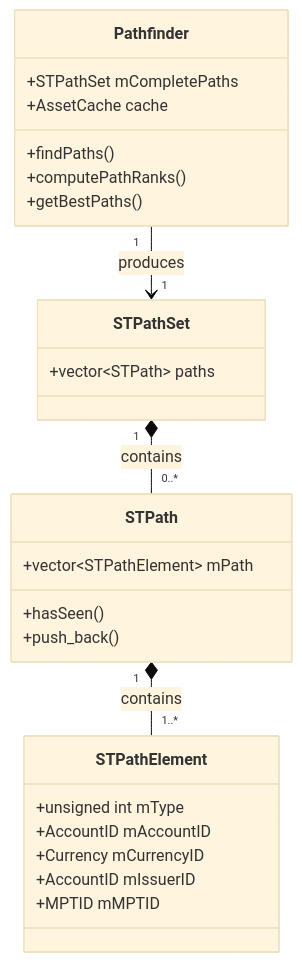
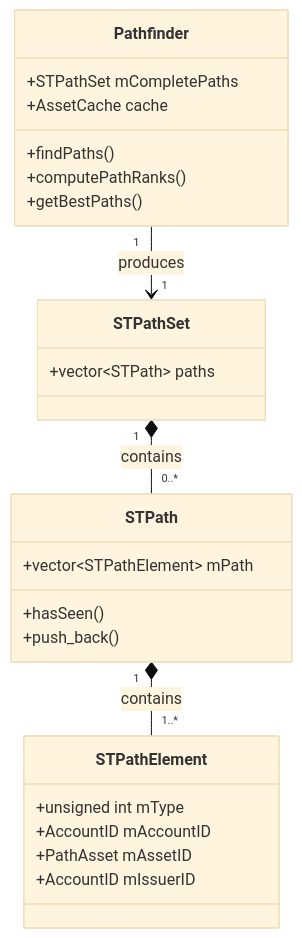
The second of 4 diagrams in docs/path_finding/README.md (commonprefix/payment-system-docs), drawn with Mermaid (base theme) before and after one commit. The commit also changed other lines of this file and 7 other files, not shown here.

````diff
--- a/docs/path_finding/README.md
+++ b/docs/path_finding/README.md
@@ -466,32 +462,31 @@
 ```mermaid
 classDiagram
     class Pathfinder {
         +STPathSet mCompletePaths
         +AssetCache cache
         +findPaths()
         +computePathRanks()
         +getBestPaths()
     }
 
     class STPathSet {
         +vector~STPath~ paths
     }
 
     class STPath {
         +vector~STPathElement~ mPath
         +hasSeen()
         +push_back()
     }
 
     class STPathElement {
         +unsigned int mType
         +AccountID mAccountID
-        +Currency mCurrencyID
+        +PathAsset mAssetID
         +AccountID mIssuerID
-        +MPTID mMPTID
     }
 
     Pathfinder "1" --> "1" STPathSet : produces
     STPathSet "1" *-- "0..*" STPath : contains
     STPath "1" *-- "1..*" STPathElement : contains
 ```
````
